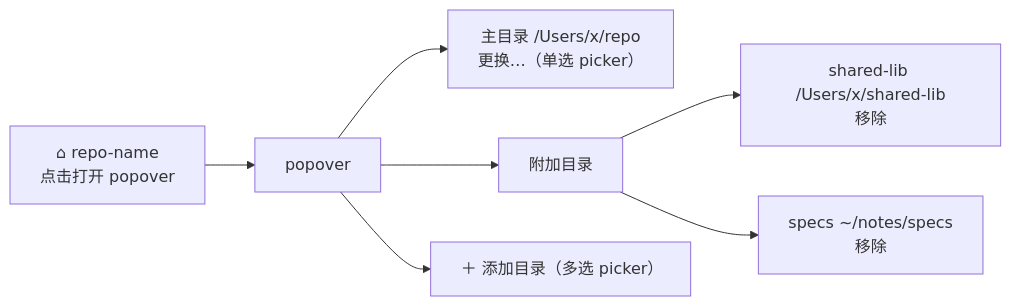
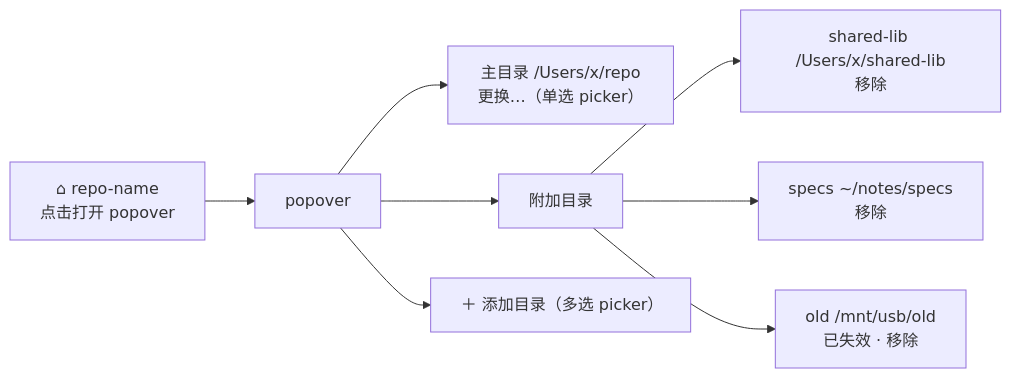
One commit to monsterxx03/tachi changed the second of 2 diagrams in docs/2026-09-11-desktop-multi-workspace-design.md. Above: the diagram before and after it, drawn with Mermaid. The commit also changed other lines of this file and 27 other files, not shown here.

````diff
--- a/docs/2026-09-11-desktop-multi-workspace-design.md
+++ b/docs/2026-09-11-desktop-multi-workspace-design.md
@@ -332,9 +461,10 @@
 ```mermaid
 flowchart LR
     Chip["⌂ repo-name<br/>点击打开 popover"] --> Pop["popover"]
     Pop --> P1["主目录 /Users/x/repo<br/>更换…（单选 picker）"]
     Pop --> P2["附加目录"]
     P2 --> A1["shared-lib /Users/x/shared-lib<br/>移除"]
     P2 --> A2["specs ~/notes/specs<br/>移除"]
+    P2 --> A3["old /mnt/usb/old<br/>已失效 · 移除"]
     Pop --> Add["＋ 添加目录（多选 picker）"]
 ```
````
